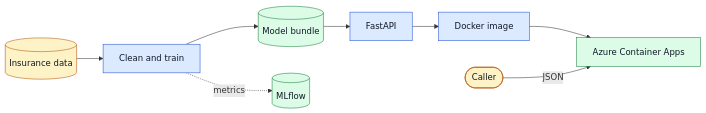
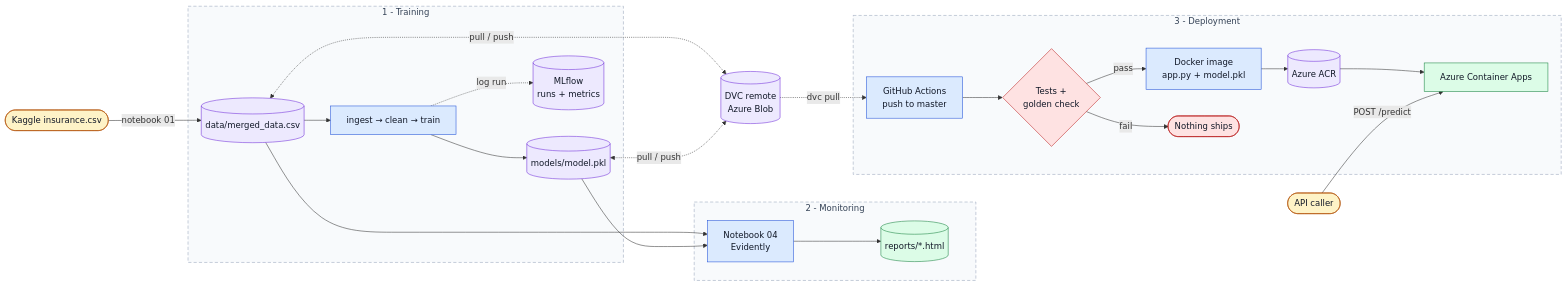
Before and after one commit to mingjun1120/Insurance-Premium-Prediction: the diagram in docs/diagrams/project-overview.mmd, drawn with Mermaid. The commit also changed 4 other files, not shown here.

Commit message:
docs: correct the architecture diagrams and add the deploy gate

```diff
--- a/docs/diagrams/project-overview.mmd
+++ b/docs/diagrams/project-overview.mmd
@@ -1,15 +1,50 @@
 flowchart LR
-    DATA[(Insurance data)] --> TRAIN[Clean and train]
-    TRAIN --> BUNDLE[(Model bundle)]
-    BUNDLE --> API[FastAPI]
-    API --> IMAGE[Docker image]
-    IMAGE --> AZURE[Azure Container Apps]
-    USER([Caller]) -->|JSON| AZURE
-    TRAIN -. metrics .-> MLFLOW[(MLflow)]
+    RAW([Kaggle insurance.csv]):::input
+
+    subgraph TRAIN["1 - Training"]
+        DATA[("data/merged_data.csv")]:::store
+        PIPE["ingest → clean → train"]:::process
+        BUNDLE[("models/model.pkl")]:::store
+        MLFLOW[("MLflow<br/>runs + metrics")]:::store
+        DATA --> PIPE --> BUNDLE
+        PIPE -. "log run" .-> MLFLOW
+    end
+
+    DVC[("DVC remote<br/>Azure Blob")]:::store
+
+    subgraph WATCH["2 - Monitoring"]
+        NB4["Notebook 04<br/>Evidently"]:::process
+        REPORTS[("reports/*.html")]:::output
+        NB4 --> REPORTS
+    end
+
+    subgraph SHIP["3 - Deployment"]
+        GHA["GitHub Actions<br/>push to master"]:::process
+        GATE{"Tests +<br/>golden check"}:::gate
+        IMAGE["Docker image<br/>app.py + model.pkl"]:::process
+        ACR[("Azure ACR")]:::store
+        LIVE["Azure Container Apps"]:::output
+        STOP([Nothing ships]):::gate
+        GHA --> GATE
+        GATE -- pass --> IMAGE --> ACR --> LIVE
+        GATE -- fail --> STOP
+    end
+
+    CALLER([API caller]):::input
+
+    RAW -- "notebook 01" --> DATA
+    DATA <-. "pull / push" .-> DVC
+    BUNDLE <-. "pull / push" .-> DVC
+    DATA --> NB4
+    BUNDLE --> NB4
+    DVC -. "dvc pull" .-> GHA
+    CALLER -- "POST /predict" --> LIVE
 
     classDef input fill:#fef3c7,stroke:#b45309,color:#111827
     classDef process fill:#dbeafe,stroke:#1d4ed8,color:#111827
+    classDef store fill:#ede9fe,stroke:#6d28d9,color:#111827
     classDef output fill:#dcfce7,stroke:#15803d,color:#111827
-    class DATA,USER input
-    class TRAIN,API,IMAGE process
-    class BUNDLE,AZURE,MLFLOW output
+    classDef gate fill:#fee2e2,stroke:#b91c1c,color:#111827
+    style TRAIN fill:#f8fafc,stroke:#94a3b8,stroke-dasharray:6 4,color:#334155
+    style WATCH fill:#f8fafc,stroke:#94a3b8,stroke-dasharray:6 4,color:#334155
+    style SHIP  fill:#f8fafc,stroke:#94a3b8,stroke-dasharray:6 4,color:#334155
```
